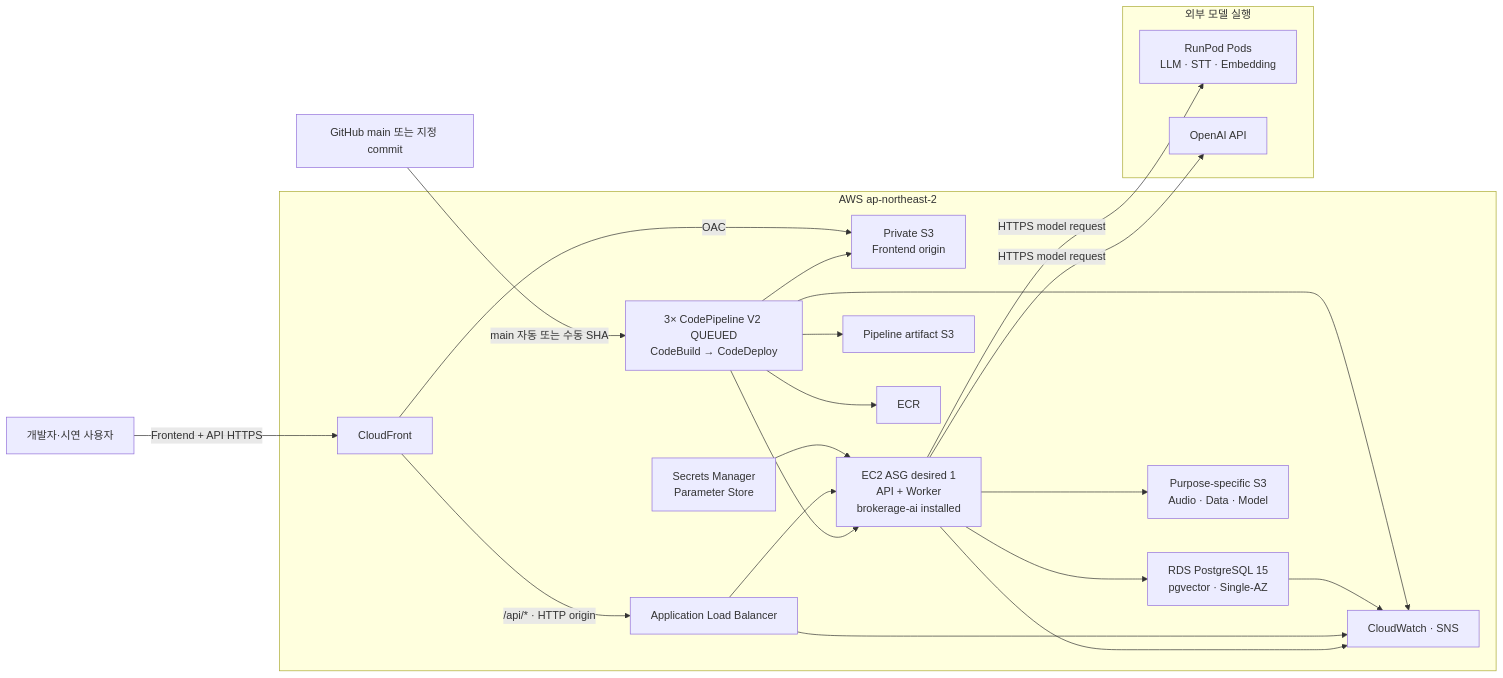
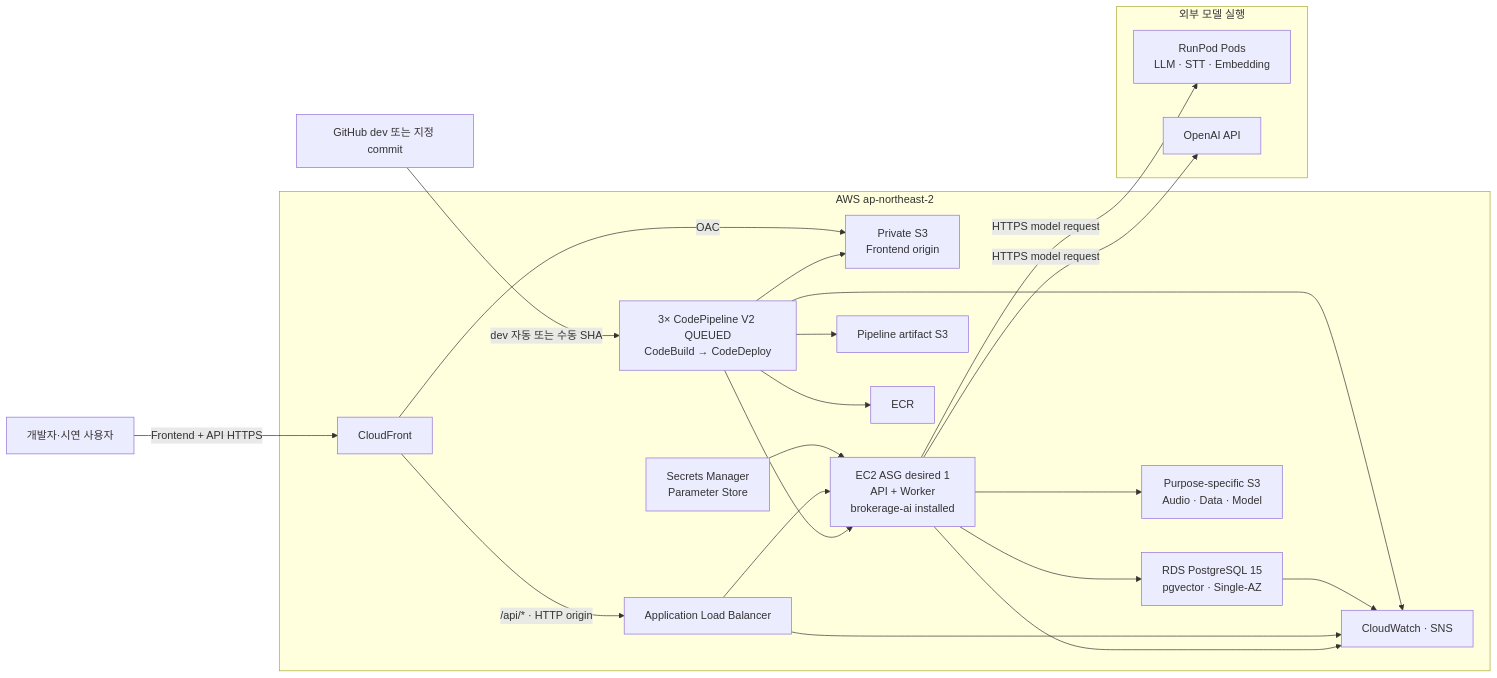
Before and after one commit to SKNETWORKS-FAMILY-AICAMP/SKN30-FINAL-3Team: the first of 3 diagrams in docs/architecture/infra/overview.md, drawn with Mermaid. The commit also changed other lines of this file and 84 other files, not shown here.

````diff
--- a/docs/architecture/infra/overview.md
+++ b/docs/architecture/infra/overview.md
@@ -65,43 +65,43 @@
 ```mermaid
 flowchart LR
     user["개발자·시연 사용자"]
-    github["GitHub main 또는 지정 commit"]
+    github["GitHub dev 또는 지정 commit"]
 
     subgraph aws["AWS ap-northeast-2"]
         cf["CloudFront"]
         webS3["Private S3\nFrontend origin"]
         alb["Application Load Balancer"]
         ec2["EC2 ASG desired 1\nAPI + Worker\nbrokerage-ai installed"]
         rds["RDS PostgreSQL 15\npgvector · Single-AZ"]
         dataS3["Purpose-specific S3\nAudio · Data · Model"]
         obs["CloudWatch · SNS"]
         secret["Secrets Manager\nParameter Store"]
         pipeline["3× CodePipeline V2 QUEUED\nCodeBuild → CodeDeploy"]
         artifact["Pipeline artifact S3"]
         ecr["ECR"]
     end
 
     subgraph external["외부 모델 실행"]
         runpod["RunPod Pods\nLLM · STT · Embedding"]
         openai["OpenAI API"]
     end
 
-    github -->|"main 자동 또는 수동 SHA"| pipeline
+    github -->|"dev 자동 또는 수동 SHA"| pipeline
     pipeline --> artifact
     pipeline --> ecr
     pipeline --> webS3
     pipeline --> ec2
     user -->|"Frontend + API HTTPS"| cf
     cf -->|"OAC"| webS3
     cf -->|"/api/* · HTTP origin"| alb
     alb --> ec2
     ec2 --> rds
     ec2 --> dataS3
     ec2 -->|"HTTPS model request"| runpod
     ec2 -->|"HTTPS model request"| openai
     secret --> ec2
     ec2 --> obs
     alb --> obs
     rds --> obs
     pipeline --> obs
 ```
````
